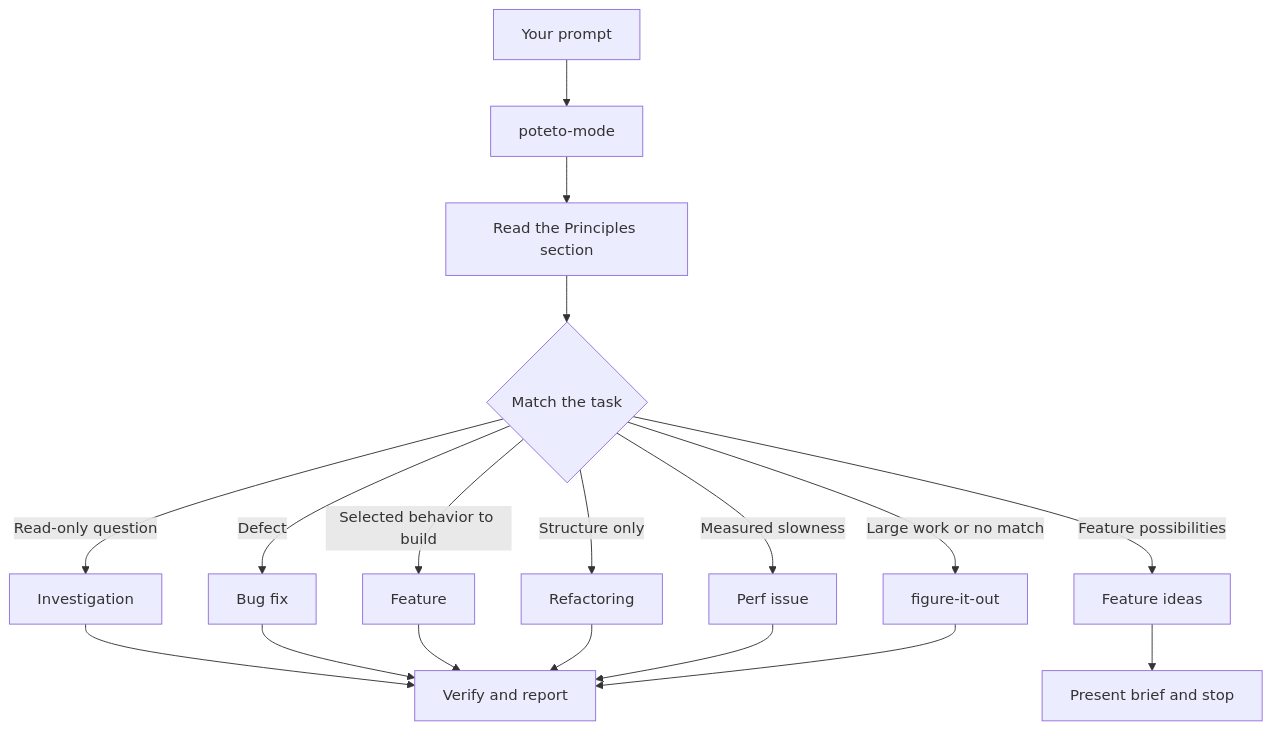
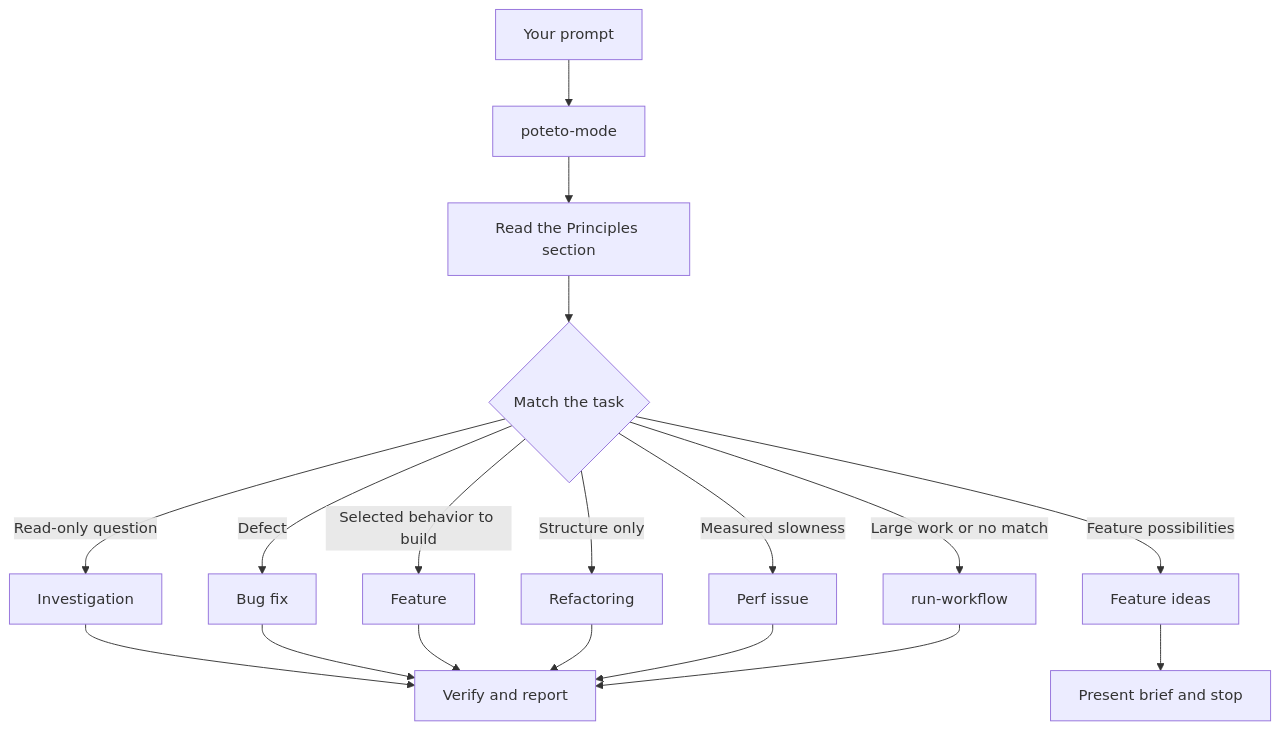
One commit to Uraxii/dotai changed the diagram in plugins/pstack/docs/guide/02-poteto-mode.md. Above: the diagram before and after it, drawn with Mermaid. The commit also changed other lines of this file and 22 other files, not shown here.

First line of the commit message:
refactor(pstack): run code changes through a saved workflow

````diff
--- a/plugins/pstack/docs/guide/02-poteto-mode.md
+++ b/plugins/pstack/docs/guide/02-poteto-mode.md
@@ -9,20 +9,20 @@
 ```mermaid
 flowchart TD
     A[Your prompt] --> B[poteto-mode]
     B --> C[Read the Principles section]
     C --> D{Match the task}
     D -->|Read-only question| E[Investigation]
     D -->|Defect| F[Bug fix]
     D -->|Feature possibilities| L[Feature ideas]
     L --> M[Present brief and stop]
     D -->|Selected behavior to build| G[Feature]
     D -->|Structure only| H[Refactoring]
     D -->|Measured slowness| I[Perf issue]
-    D -->|Large work or no match| J[figure-it-out]
+    D -->|Large work or no match| J[run-workflow]
     E --> K[Verify and report]
     F --> K
     G --> K
     H --> K
     I --> K
     J --> K
 ```
````
